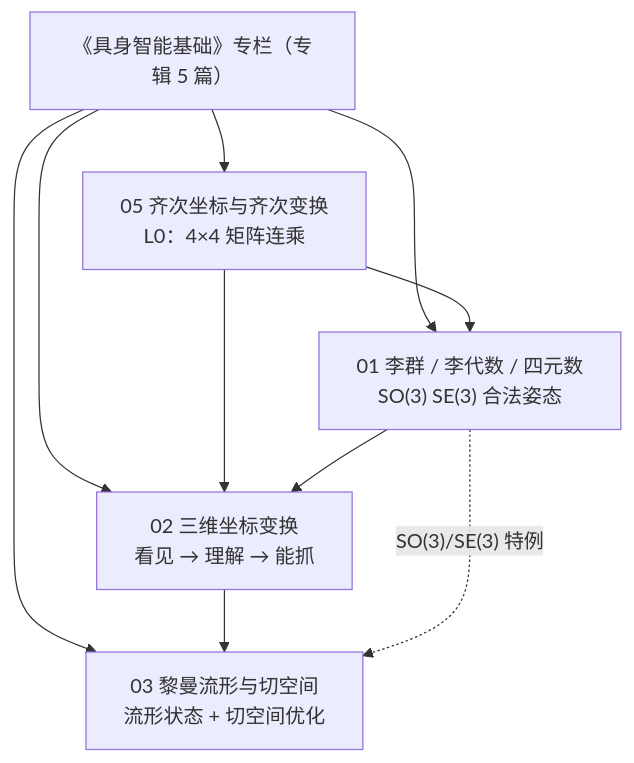
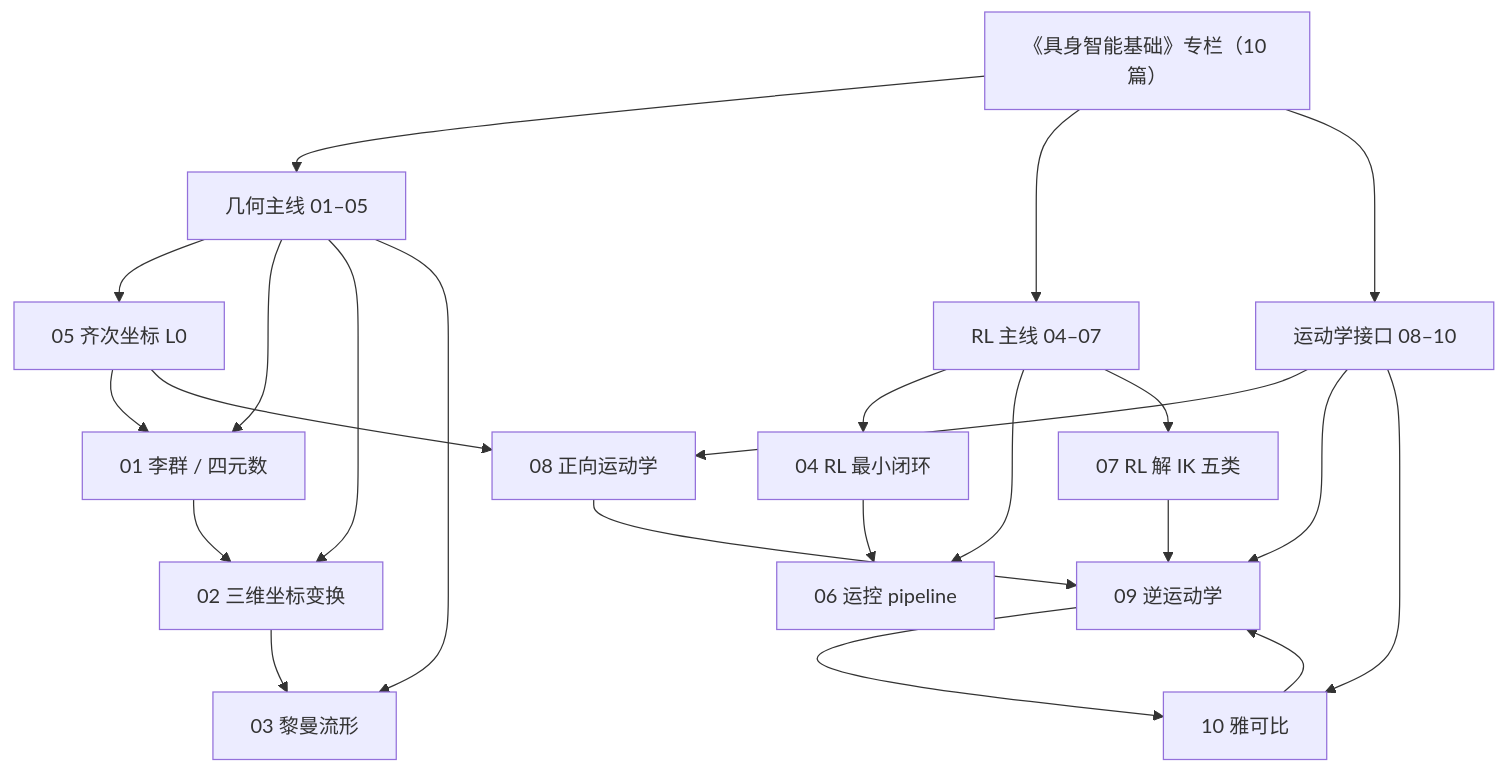
One commit to ImChong/Robotics_Notebooks changed the diagram in wiki/overview/shenlan-embodied-ai-fundamentals-series.md. Above: the diagram before and after it, drawn with Mermaid. The commit also changed other lines of this file and 35 other files, not shown here.

First line of the commit message:
[2026-08-13] ingest | sources/blogs/wechat_shenlan_rl_motion_control_pipeline.md — 更新《具身智能基础》专辑 5→10 篇

````diff
--- a/wiki/overview/shenlan-embodied-ai-fundamentals-series.md
+++ b/wiki/overview/shenlan-embodied-ai-fundamentals-series.md
@@ -46,13 +57,22 @@
 ```mermaid
 flowchart TB
-  P["《具身智能基础》专栏（专辑 5 篇）"]
-  P --> C0["05 齐次坐标与齐次变换<br/>L0：4×4 矩阵连乘"]
-  P --> C1["01 李群 / 李代数 / 四元数<br/>SO(3) SE(3) 合法姿态"]
-  P --> C2["02 三维坐标变换<br/>看见 → 理解 → 能抓"]
-  P --> C3["03 黎曼流形与切空间<br/>流形状态 + 切空间优化"]
-  C0 --> C1
-  C0 --> C2
-  C1 --> C2
-  C2 --> C3
-  C1 -.->|"SO(3)/SE(3) 特例"| C3
+  P["《具身智能基础》专栏（10 篇）"]
+  P --> G["几何主线 01–05"]
+  P --> R["RL 主线 04–07"]
+  P --> K["运动学接口 08–10"]
+  G --> C5["05 齐次坐标 L0"]
+  G --> C1["01 李群 / 四元数"]
+  G --> C2["02 三维坐标变换"]
+  G --> C3["03 黎曼流形"]
+  C5 --> C1 --> C2 --> C3
+  R --> C4["04 RL 最小闭环"]
+  R --> C6["06 运控 pipeline"]
+  R --> C7["07 RL 解 IK 五类"]
+  C4 --> C6
+  K --> C8["08 正向运动学"]
+  K --> C9["09 逆运动学"]
+  K --> C10["10 雅可比"]
+  C5 --> C8 --> C9 --> C10
+  C7 --> C9
+  C10 --> C9
 ```
````
